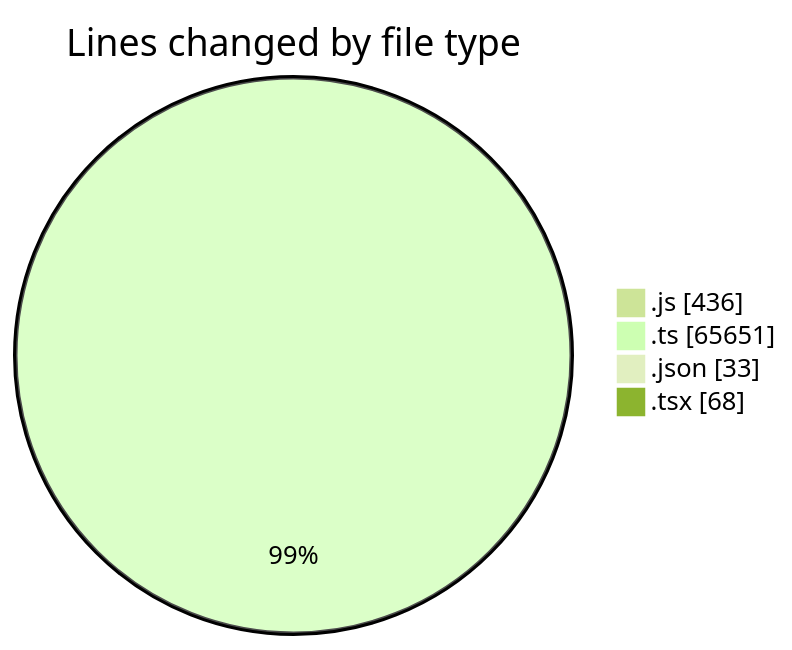
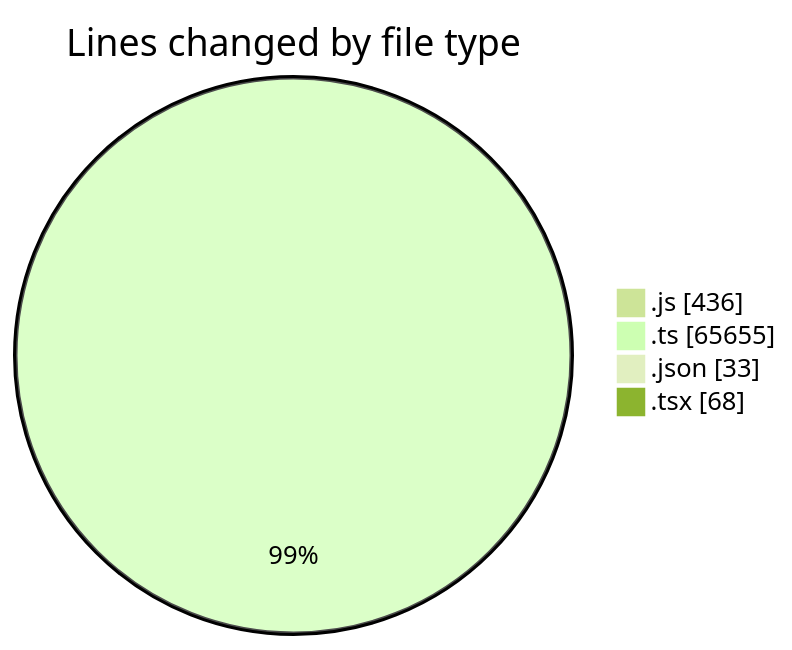
The first of 2 diagrams in 2026-07-27/cda/README.md (momahboobian/code-tracking), drawn with Mermaid (forest theme) before and after one commit. The commit also changed other lines of this file and 1 other file, not shown here.

````diff
--- a/2026-07-27/cda/README.md
+++ b/2026-07-27/cda/README.md
@@ -34,8 +34,8 @@
 ```mermaid
 pie showData
 title Lines changed by file type
 ".js" : 436
-".ts" : 65651
+".ts" : 65655
 ".json" : 33
 ".tsx" : 68
 ```
````
